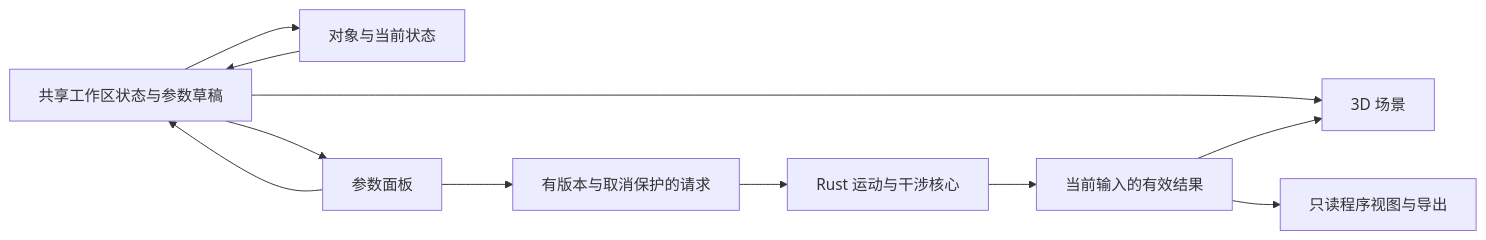
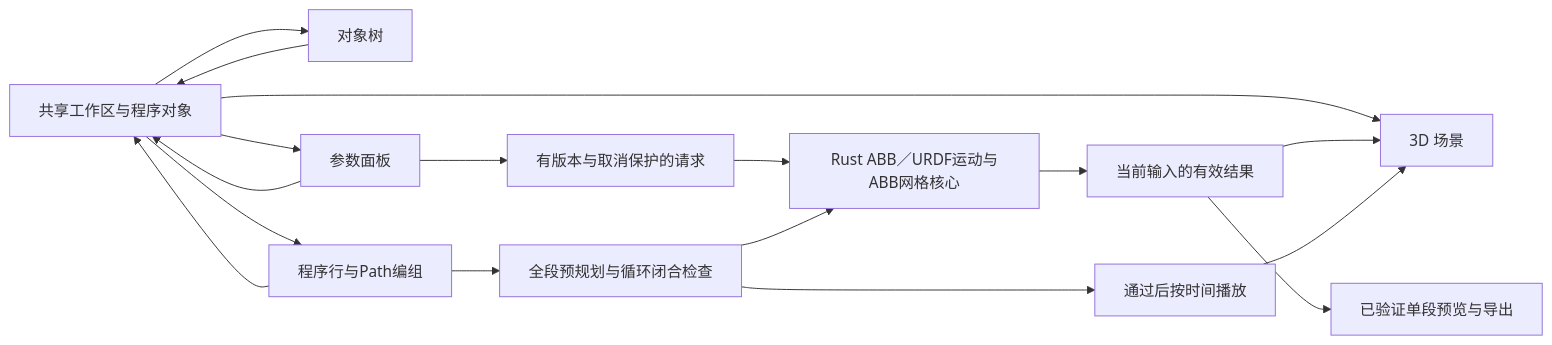
The diagram in docs/workspace-architecture.md (ecojust/emulation), drawn with Mermaid before and after one commit. The commit also changed other lines of this file and 68 other files, not shown here.

````diff
--- a/docs/workspace-architecture.md
+++ b/docs/workspace-architecture.md
@@ -24,13 +26,19 @@
 ```mermaid
 flowchart LR
-    W[共享工作区状态与参数草稿] --> L[对象与当前状态]
+    W[共享工作区与程序对象] --> L[对象树]
     W --> S[3D 场景]
     W --> I[参数面板]
     I --> Q[有版本与取消保护的请求]
-    Q --> R[Rust 运动与干涉核心]
+    Q --> R[Rust ABB／URDF运动与ABB网格核心]
     R --> V[当前输入的有效结果]
     V --> S
-    V --> P[只读程序视图与导出]
+    W --> P[程序行与Path编组]
+    P --> W
+    P --> T[全段预规划与循环闭合检查]
+    T --> R
+    T --> A[通过后按时间播放]
+    A --> S
+    V --> E[已验证单段预览与导出]
     I --> W
     L --> W
 ```
````
